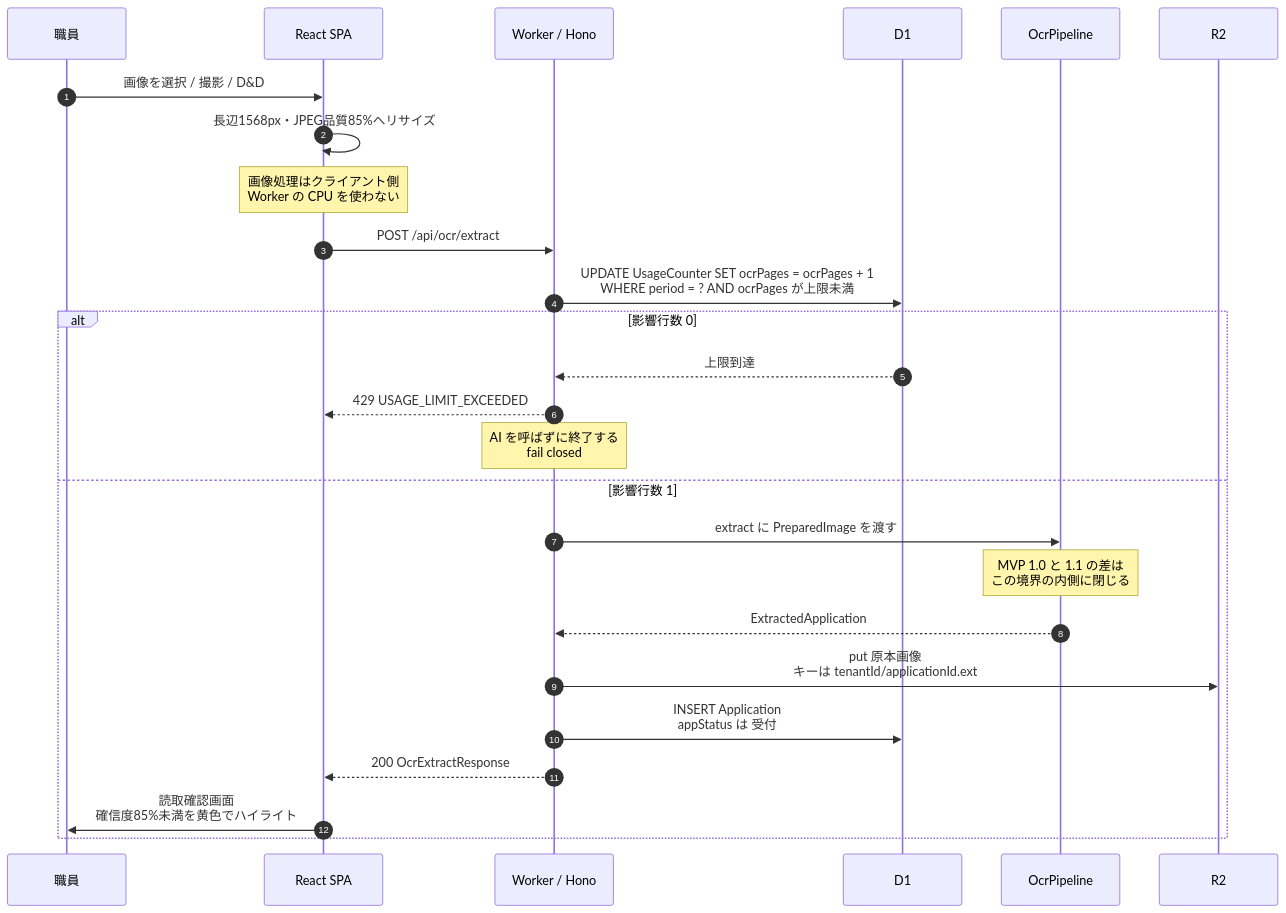
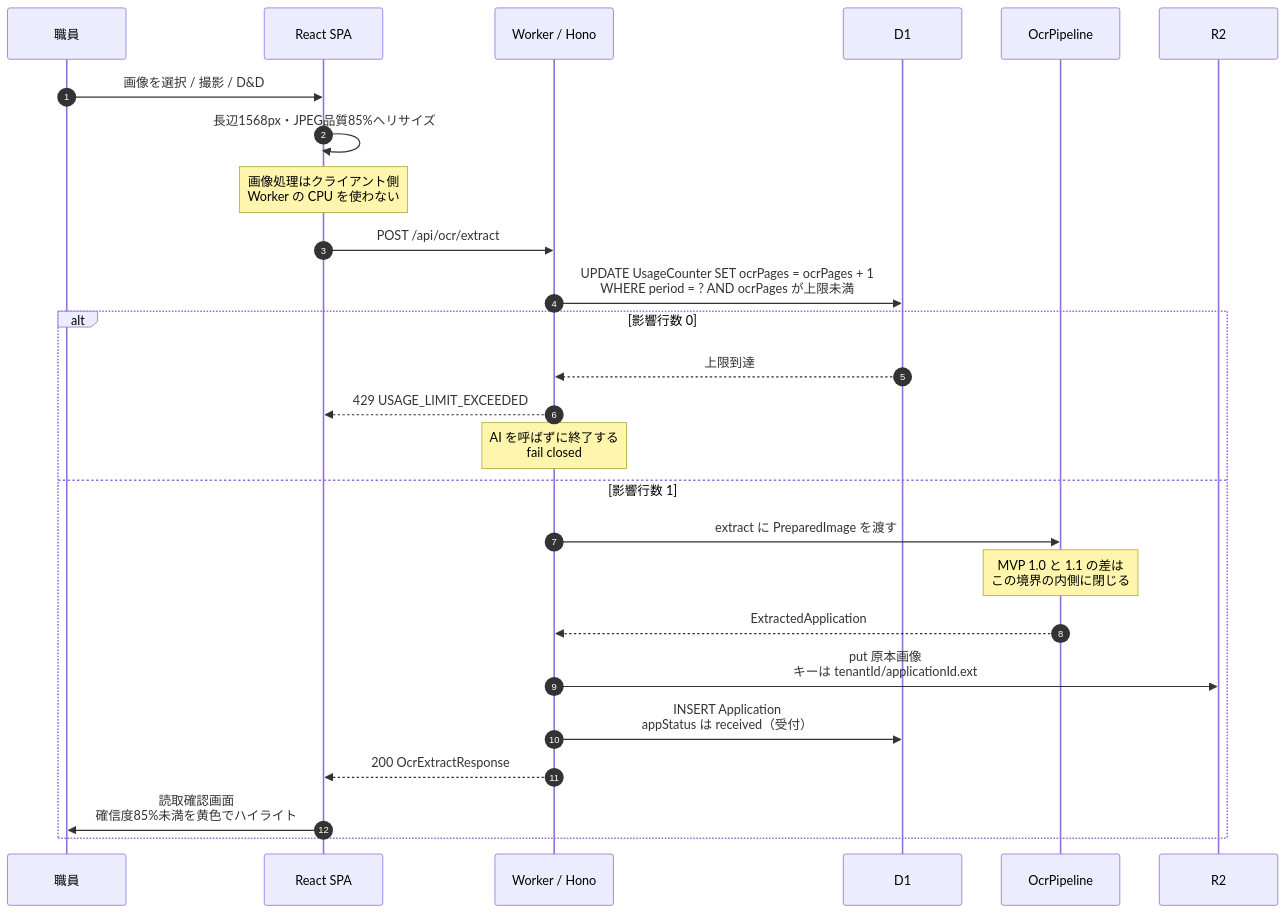
One commit to mizuho-jvit/ai-ocr-sample1 changed the second of 9 diagrams in knowledge/wiki/architecture/dataflow.md. Above: the diagram before and after it, drawn with Mermaid. The commit also changed other lines of this file and 10 other files, not shown here.

````diff
--- a/knowledge/wiki/architecture/dataflow.md
+++ b/knowledge/wiki/architecture/dataflow.md
@@ -59,29 +59,29 @@
 ```mermaid
 sequenceDiagram
     autonumber
     participant U as 職員
     participant SPA as React SPA
     participant W as Worker / Hono
     participant D1 as D1
     participant P as OcrPipeline
     participant R2 as R2
 
     U->>SPA: 画像を選択 / 撮影 / D&D
     SPA->>SPA: 長辺1568px・JPEG品質85%へリサイズ
     Note over SPA: 画像処理はクライアント側<br/>Worker の CPU を使わない
     SPA->>W: POST /api/ocr/extract
     W->>D1: UPDATE UsageCounter SET ocrPages = ocrPages + 1<br/>WHERE period = ? AND ocrPages が上限未満
     alt 影響行数 0
         D1-->>W: 上限到達
         W-->>SPA: 429 USAGE_LIMIT_EXCEEDED
         Note over W: AI を呼ばずに終了する<br/>fail closed
     else 影響行数 1
         W->>P: extract に PreparedImage を渡す
         Note over P: MVP 1.0 と 1.1 の差は<br/>この境界の内側に閉じる
         P-->>W: ExtractedApplication
         W->>R2: put 原本画像<br/>キーは tenantId/applicationId.ext
-        W->>D1: INSERT Application<br/>appStatus は 受付
+        W->>D1: INSERT Application<br/>appStatus は received（受付）
         W-->>SPA: 200 OcrExtractResponse
         SPA->>U: 読取確認画面<br/>確信度85%未満を黄色でハイライト
     end
 ```
````
